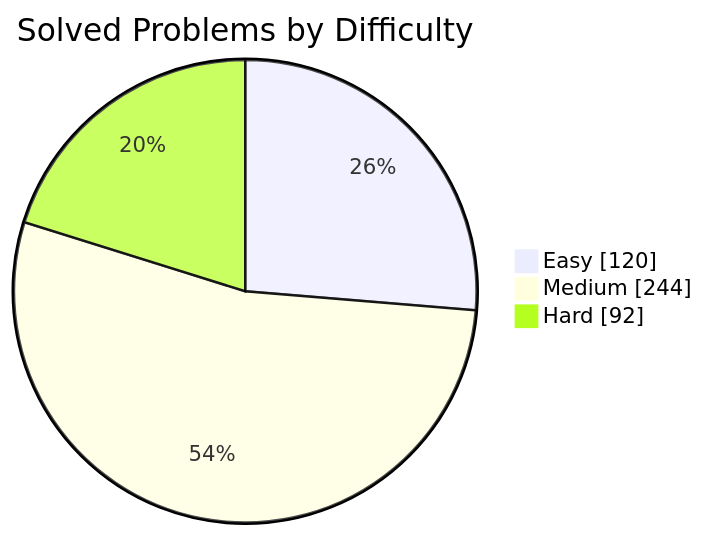
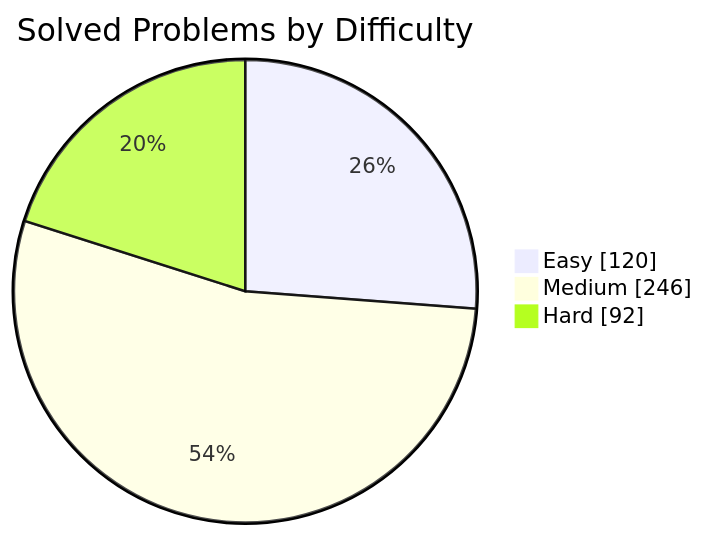
The first of 2 diagrams in README.md (manikantbindass/DSA-Preparation-FAANG), drawn with Mermaid before and after one commit. The commit also changed other lines of this file and 1 other file, not shown here.

````diff
--- a/README.md
+++ b/README.md
@@ -77,7 +77,7 @@
 ```mermaid
 pie showData
     title Solved Problems by Difficulty
     "Easy" : 120
-    "Medium" : 244
+    "Medium" : 246
     "Hard" : 92
 ```
````
